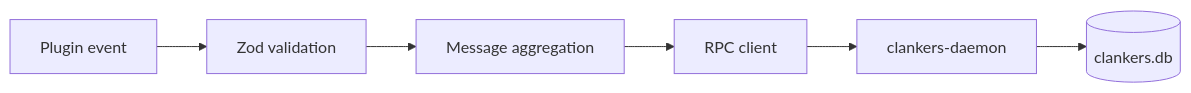
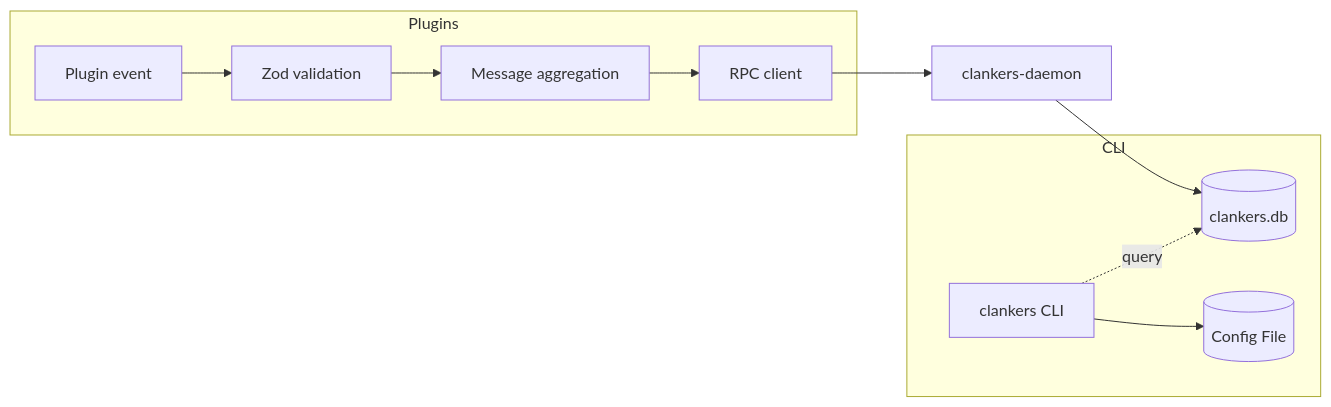
Before and after one commit to dxta-dev/clankers: the diagram in lode/summary.md, drawn with Mermaid. The commit also changed other lines of this file and 3 other files, not shown here.

````diff
--- a/lode/summary.md
+++ b/lode/summary.md
@@ -19,8 +27,16 @@
 ```mermaid
 flowchart LR
-  Event[Plugin event] --> Zod[Zod validation]
-  Zod --> Aggregation[Message aggregation]
-  Aggregation --> Rpc[RPC client]
+  subgraph "Plugins"
+    Event[Plugin event] --> Zod[Zod validation]
+    Zod --> Aggregation[Message aggregation]
+    Aggregation --> Rpc[RPC client]
+  end
+
   Rpc --> Daemon[clankers-daemon]
   Daemon --> SQLite[(clankers.db)]
+
+  subgraph "CLI"
+    Cli[clankers CLI] --> Config[(Config File)]
+    Cli -.->|query| SQLite
+  end
 ```
````
